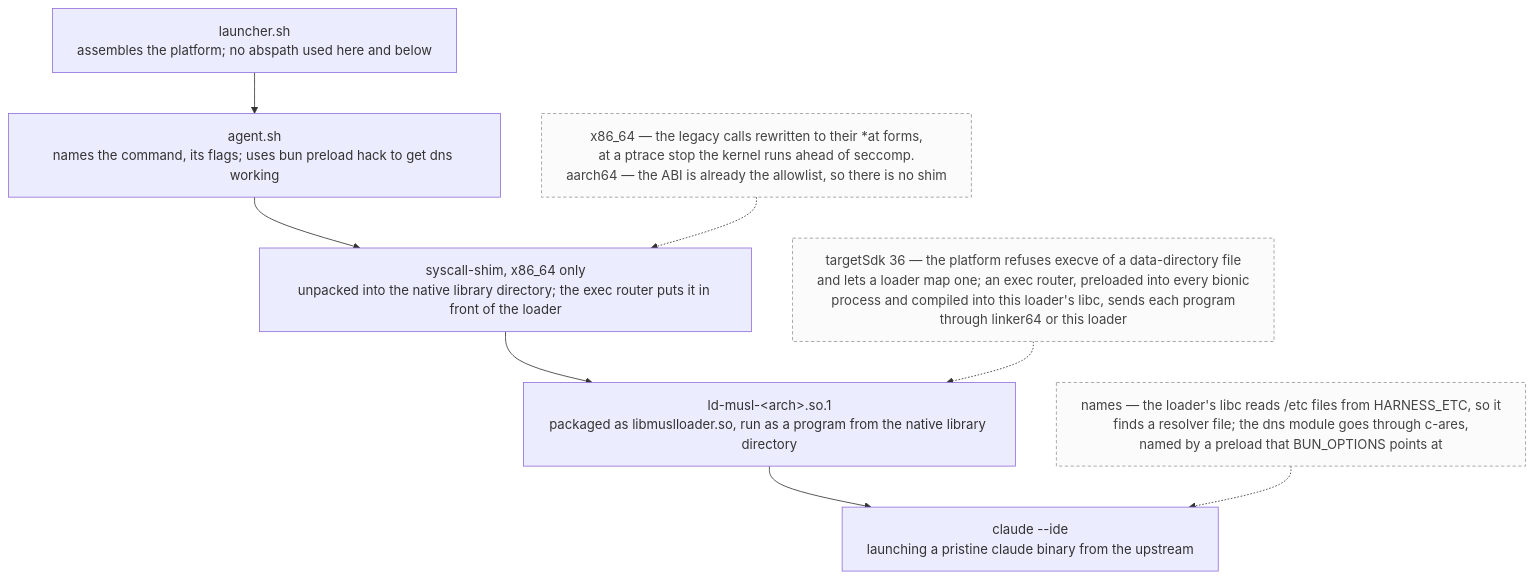
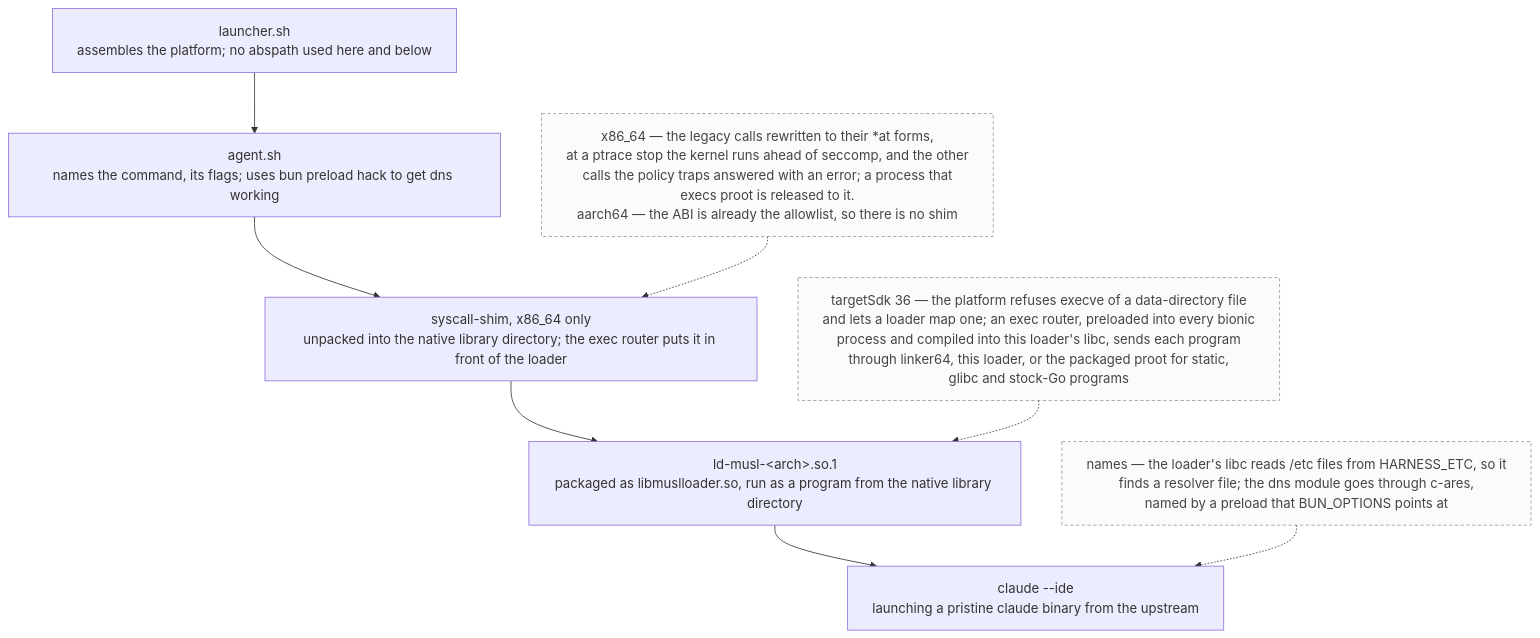
Before and after one commit to nev3rfail/harness.apk: the diagram in README.md, drawn with Mermaid. The commit also changed other lines of this file and 5 other files, not shown here.

Commit message:
Describe programs under proot, glibc, the on-device native builds and the browser install as they run

````diff
--- a/README.md
+++ b/README.md
@@ -25,22 +25,22 @@
 ```mermaid
 %%{init: {'flowchart': {'wrappingWidth': 540}}}%%
 flowchart TB
   l["launcher.sh<br/>assembles the platform; no abspath used here and below"]
   a["agent.sh<br/>names the command, its flags; uses bun preload hack to get dns working"]
   s["syscall-shim, x86_64 only<br/>unpacked into the native library directory; the exec router puts it in front of the loader"]
   ld["ld-musl-&lt;arch&gt;.so.1<br/>packaged as libmuslloader.so, run as a program from the native library directory"]
   c["claude --ide<br/>launching a pristine claude binary from the upstream"]
 
   l --> a --> s --> ld --> c
 
-  sdk["targetSdk 36 — the platform refuses execve of a data-directory file<br/>and lets a loader map one; an exec router, preloaded into every bionic<br/>process and compiled into this loader's libc, sends each program<br/>through linker64 or this loader"]
-  abi["x86_64 — the legacy calls rewritten to their *at forms,<br/>at a ptrace stop the kernel runs ahead of seccomp.<br/>aarch64 — the ABI is already the allowlist, so there is no shim"]
+  sdk["targetSdk 36 — the platform refuses execve of a data-directory file<br/>and lets a loader map one; an exec router, preloaded into every bionic<br/>process and compiled into this loader's libc, sends each program<br/>through linker64, this loader, or the packaged proot for static,<br/>glibc and stock-Go programs"]
+  abi["x86_64 — the legacy calls rewritten to their *at forms,<br/>at a ptrace stop the kernel runs ahead of seccomp, and the other<br/>calls the policy traps answered with an error; a process that<br/>execs proot is released to it.<br/>aarch64 — the ABI is already the allowlist, so there is no shim"]
   dns["names — the loader's libc reads /etc files from HARNESS_ETC, so it<br/>finds a resolver file; the dns module goes through c-ares,<br/>named by a preload that BUN_OPTIONS points at"]
 
   abi -.-> s
   sdk -.-> ld
   dns -.-> c
 
   classDef note fill:#fbfbfb,stroke:#999,stroke-dasharray:4 3,color:#444
   class sdk,abi,dns note
 ```
````
